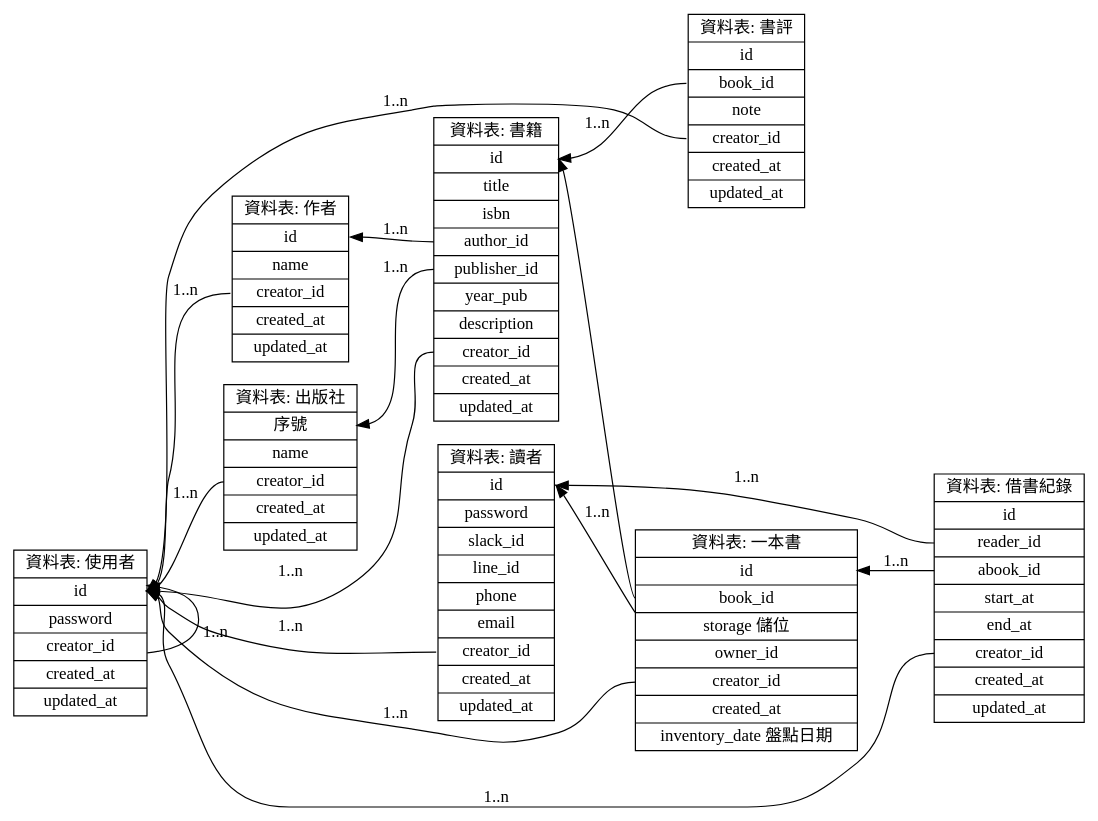
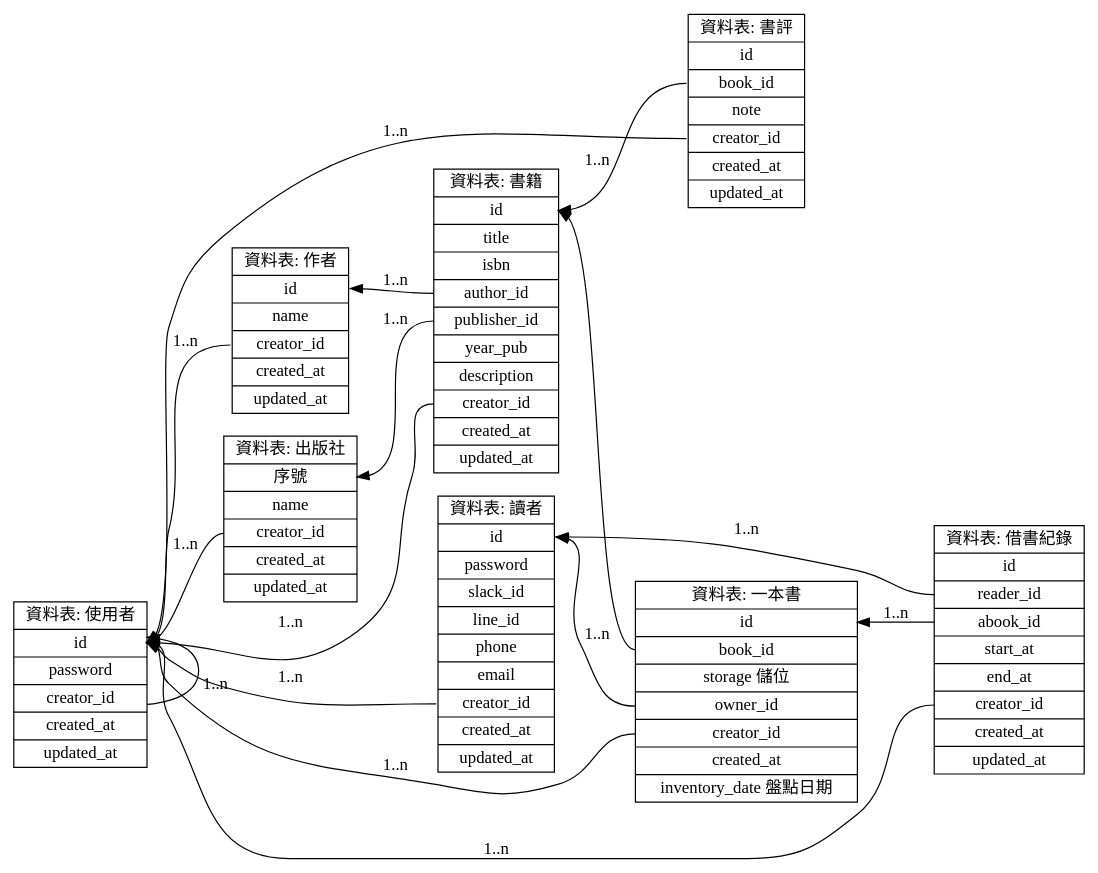
Before and after one commit to dwatow/dwatow.github.io: the diagram in source/_posts/raspberry-pi/create-table.md, drawn with Graphviz.

Commit message:
add ref field

```diff
--- a/source/_posts/raspberry-pi/create-table.md
+++ b/source/_posts/raspberry-pi/create-table.md
@@ -83,7 +83,7 @@
     <id>id|
     <book_id>book_id|
     storage 儲位|
-    owner_id|
+    <owner_id>owner_id|
     <creator_id>creator_id|
     created_at|
     inventory_date 盤點日期
```
